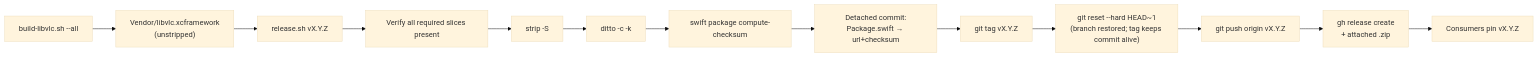
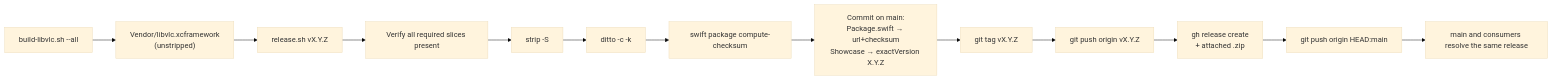
Before and after one commit to harflabs/SwiftVLC: the seventh of 7 diagrams in ARCHITECTURE.md, drawn with Mermaid (base theme). The commit also changed other lines of this file and 12 other files, not shown here.

First line of the commit message:
Update release flow to advance main and pin Showcase releases (#13)

````diff
--- a/ARCHITECTURE.md
+++ b/ARCHITECTURE.md
@@ -657,15 +668,15 @@
 ```mermaid
 flowchart LR
     BUILD["build-libvlc.sh --all"] --> XCF["Vendor/libvlc.xcframework<br/>(unstripped)"]
     XCF --> RELEASE["release.sh vX.Y.Z"]
     RELEASE --> VERIFY["Verify all required slices present"]
     VERIFY --> STRIP["strip -S"]
     STRIP --> ZIP["ditto -c -k"]
     ZIP --> SUM["swift package compute-checksum"]
-    SUM --> DETACH["Detached commit:<br/>Package.swift → url+checksum"]
-    DETACH --> TAG["git tag vX.Y.Z"]
-    TAG --> RESET["git reset --hard HEAD~1<br/>(branch restored; tag keeps commit alive)"]
-    RESET --> PUSH["git push origin vX.Y.Z"]
-    PUSH --> GH["gh release create<br/>+ attached .zip"]
-    GH --> SPM["Consumers pin vX.Y.Z"]
+    SUM --> COMMIT["Commit on main:<br/>Package.swift → url+checksum<br/>Showcase → exactVersion X.Y.Z"]
+    COMMIT --> TAG["git tag vX.Y.Z"]
+    TAG --> PUSH_TAG["git push origin vX.Y.Z"]
+    PUSH_TAG --> GH["gh release create<br/>+ attached .zip"]
+    GH --> PUSH_MAIN["git push origin HEAD:main"]
+    PUSH_MAIN --> SPM["main and consumers resolve the same release"]
 ```
````
